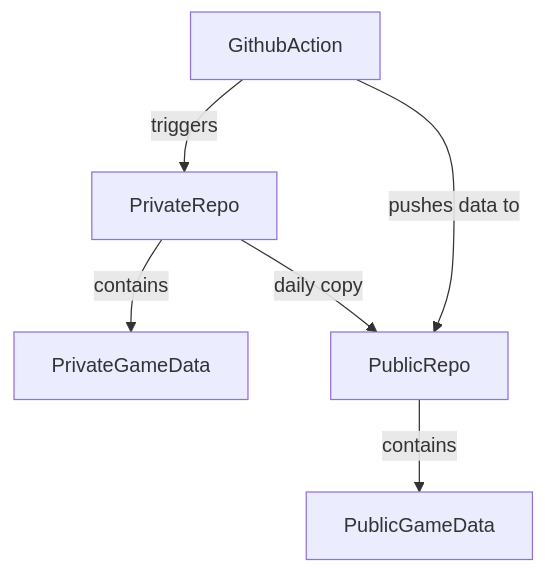
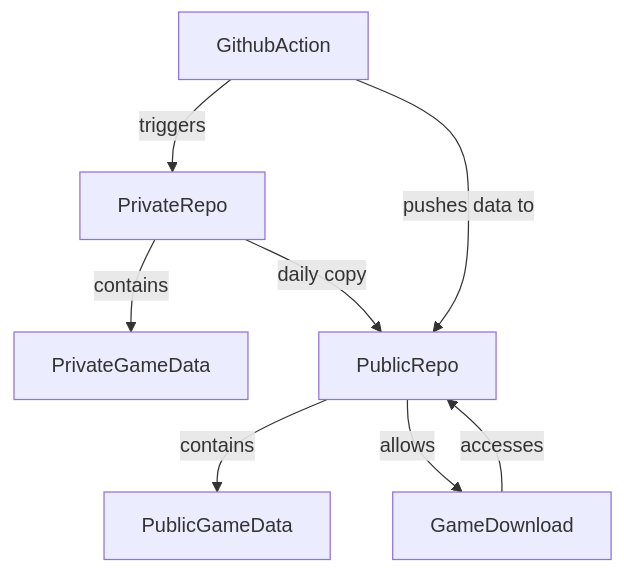
One commit to mopebad/Fluttercode changed the diagram in README.md. Above: the diagram before and after it, drawn with Mermaid. The commit also changed other lines of this file, not shown here.

````diff
--- a/README.md
+++ b/README.md
@@ -3,8 +3,10 @@
 ```mermaid
 graph TD;
   PublicRepo -- contains --> PublicGameData;
   PrivateRepo -- contains --> PrivateGameData;
   PrivateRepo -->|daily copy| PublicRepo;
   GithubAction -->|triggers| PrivateRepo;
   GithubAction -->|pushes data to| PublicRepo;
+  GameDownload -->|accesses| PublicRepo;
+  PublicRepo -- allows --> GameDownload;
 ```
````
